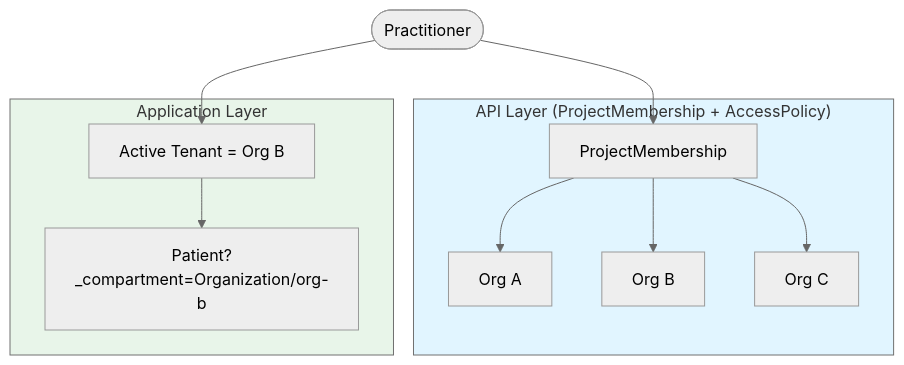
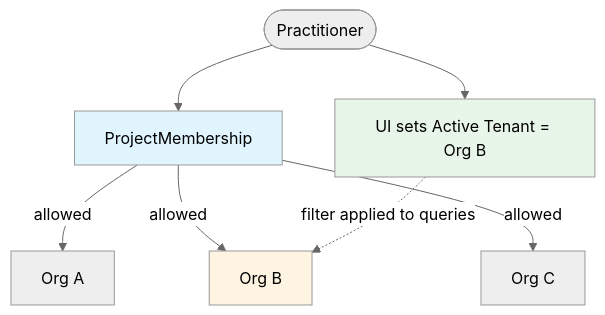
One commit to medplum/medplum changed the second of 4 diagrams in packages/docs/docs/access/tenant-selector.mdx. Above: the diagram before and after it, drawn with Mermaid. The commit also changed other lines of this file, not shown here.

First line of the commit message:
Restructure tenant selector docs for clarity

````diff
--- a/packages/docs/docs/access/tenant-selector.mdx
+++ b/packages/docs/docs/access/tenant-selector.mdx
@@ -26,27 +58,24 @@
 ```mermaid
 %%{init: {'theme': 'neutral' }}%%
 flowchart TB
-    User([Practitioner])
+    U([Practitioner])
+    PM[ProjectMembership]
+    AT["UI sets Active Tenant = Org B"]
 
-    subgraph API["API Layer (ProjectMembership + AccessPolicy)"]
-        PM[ProjectMembership]
-        OA[Org A]
-        OB[Org B]
-        OC[Org C]
-        PM --> OA
-        PM --> OB
-        PM --> OC
-    end
+    U --> PM
+    U --> AT
 
-    subgraph App["Application Layer"]
-        AT["Active Tenant = Org B"]
-        Q["Patient?_compartment=Organization/org-b"]
-        AT --> Q
-    end
+    OA[Org A]
+    OB[Org B]
+    OC[Org C]
 
-    User --> PM
-    User --> AT
+    PM -->|allowed| OA
+    PM -->|allowed| OB
+    PM -->|allowed| OC
 
-    style API fill:#e1f5ff
-    style App fill:#e8f5e9
+    AT -.->|"filter applied to queries"| OB
+
+    style PM fill:#e1f5ff
+    style AT fill:#e8f5e9
+    style OB fill:#fff4e1
 ```
````
